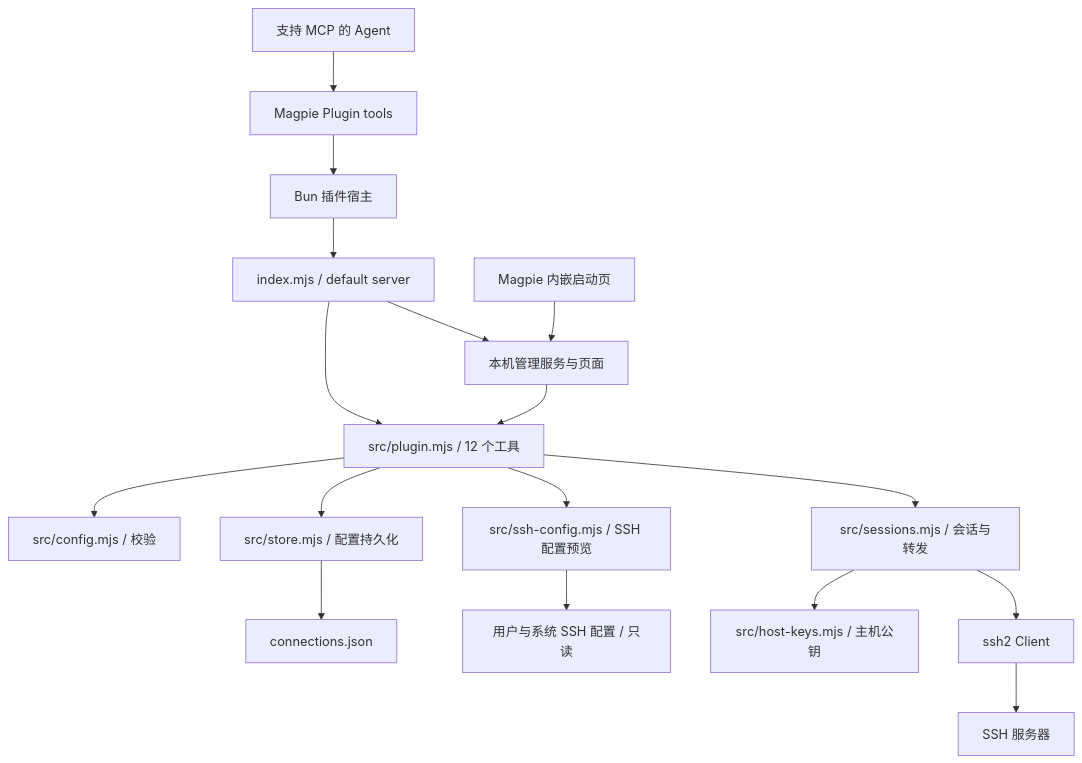
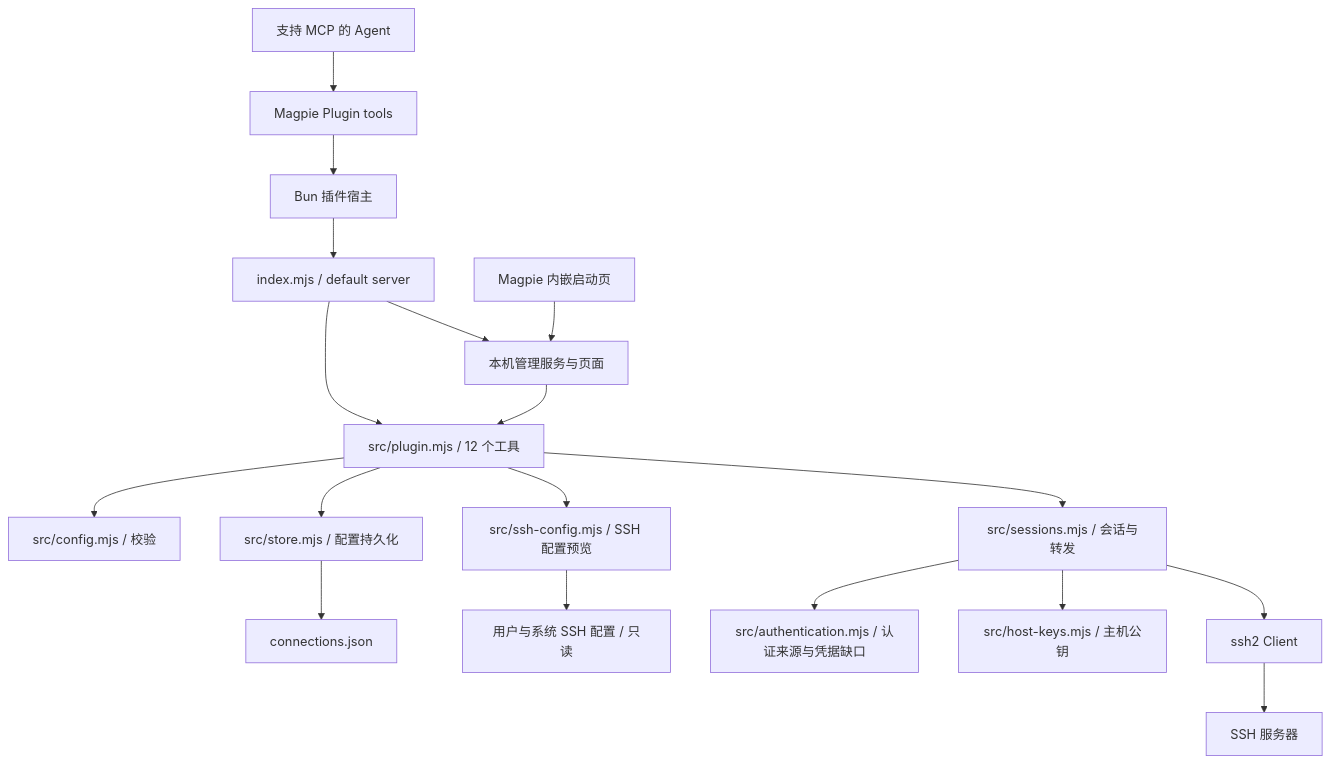
One commit to zhaoyi2018/magpie-remote changed the first of 4 diagrams in docs/architecture.md. Above: the diagram before and after it, drawn with Mermaid. The commit also changed other lines of this file and 21 other files, not shown here.

````diff
--- a/docs/architecture.md
+++ b/docs/architecture.md
@@ -5,19 +5,20 @@
 ```mermaid
 flowchart TD
   Agent[支持 MCP 的 Agent] --> Gateway[Magpie Plugin tools]
   Gateway --> Host[Bun 插件宿主]
   Host --> Entry[index.mjs / default server]
   Entry --> Tools[src/plugin.mjs / 12 个工具]
   Page[Magpie 内嵌启动页] --> UI[本机管理服务与页面]
   Entry --> UI
   UI --> Tools
   Tools --> Config[src/config.mjs / 校验]
   Tools --> Store[src/store.mjs / 配置持久化]
   Tools --> Import[src/ssh-config.mjs / SSH 配置预览]
   Import --> Source[用户与系统 SSH 配置 / 只读]
   Tools --> Sessions[src/sessions.mjs / 会话与转发]
+  Sessions --> Authentication[src/authentication.mjs / 认证来源与凭据缺口]
   Sessions --> Trust[src/host-keys.mjs / 主机公钥]
   Sessions --> SSH[ssh2 Client]
   SSH --> Server[SSH 服务器]
   Store --> File[connections.json]
 ```
````
